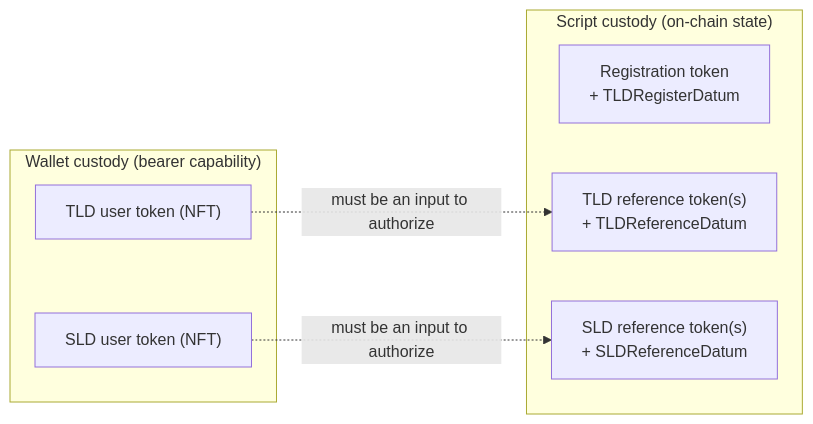
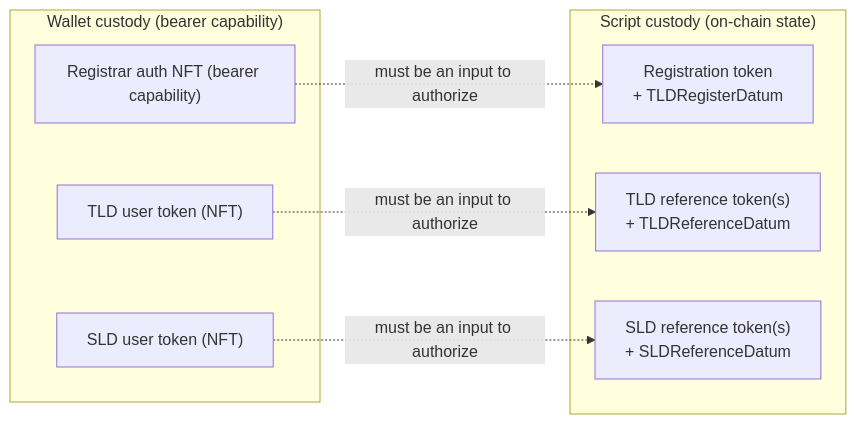
Before and after one commit to blinklabs-io/dns-contracts: the fifth of 14 diagrams in docs/architecture/smart-contract-architecture.md, drawn with Mermaid. The commit also changed other lines of this file and 6 other files, not shown here.

````diff
--- a/docs/architecture/smart-contract-architecture.md
+++ b/docs/architecture/smart-contract-architecture.md
@@ -315,15 +318,17 @@
 ```mermaid
 flowchart LR
     subgraph SCRIPTS["Script custody (on-chain state)"]
         RT["Registration token<br/>+ TLDRegisterDatum"]
         TR["TLD reference token(s)<br/>+ TLDReferenceDatum"]
         SR["SLD reference token(s)<br/>+ SLDReferenceDatum"]
     end
     subgraph WALLET["Wallet custody (bearer capability)"]
+        RA["Registrar auth NFT (bearer capability)"]
         TU["TLD user token (NFT)"]
         SU["SLD user token (NFT)"]
     end
 
+    RA -. "must be an input to authorize" .-> RT
     TU -. "must be an input to authorize" .-> TR
     SU -. "must be an input to authorize" .-> SR
 ```
````
